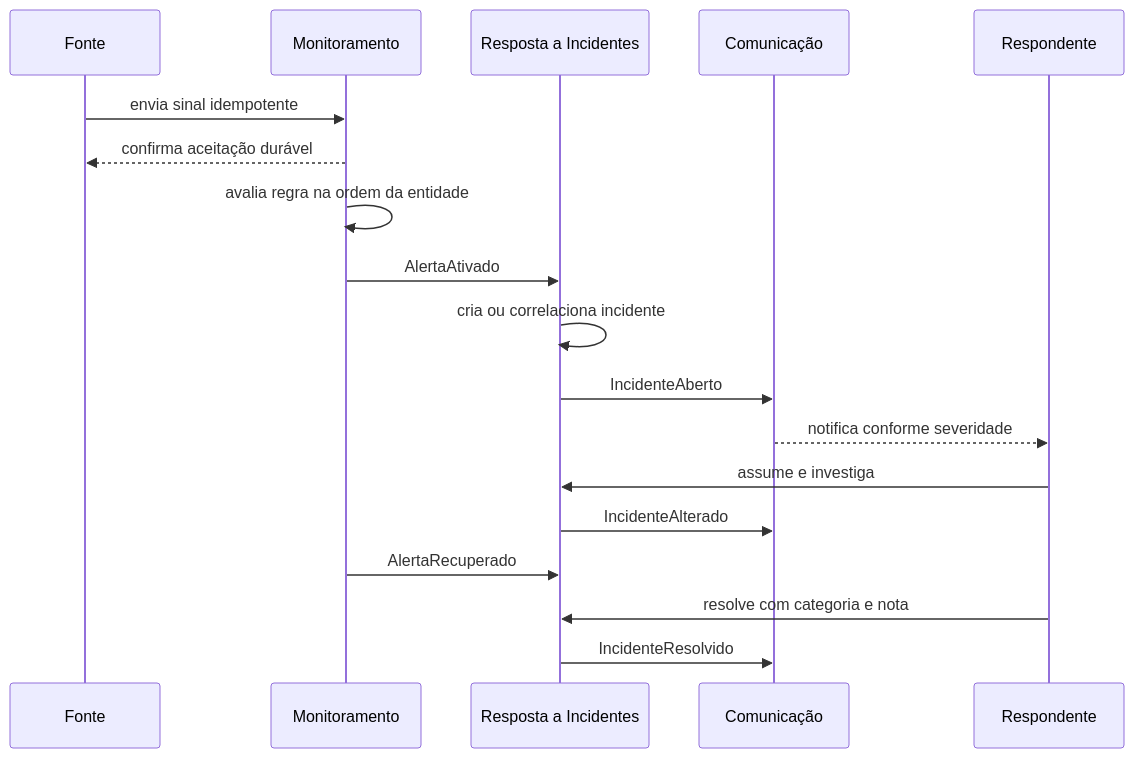
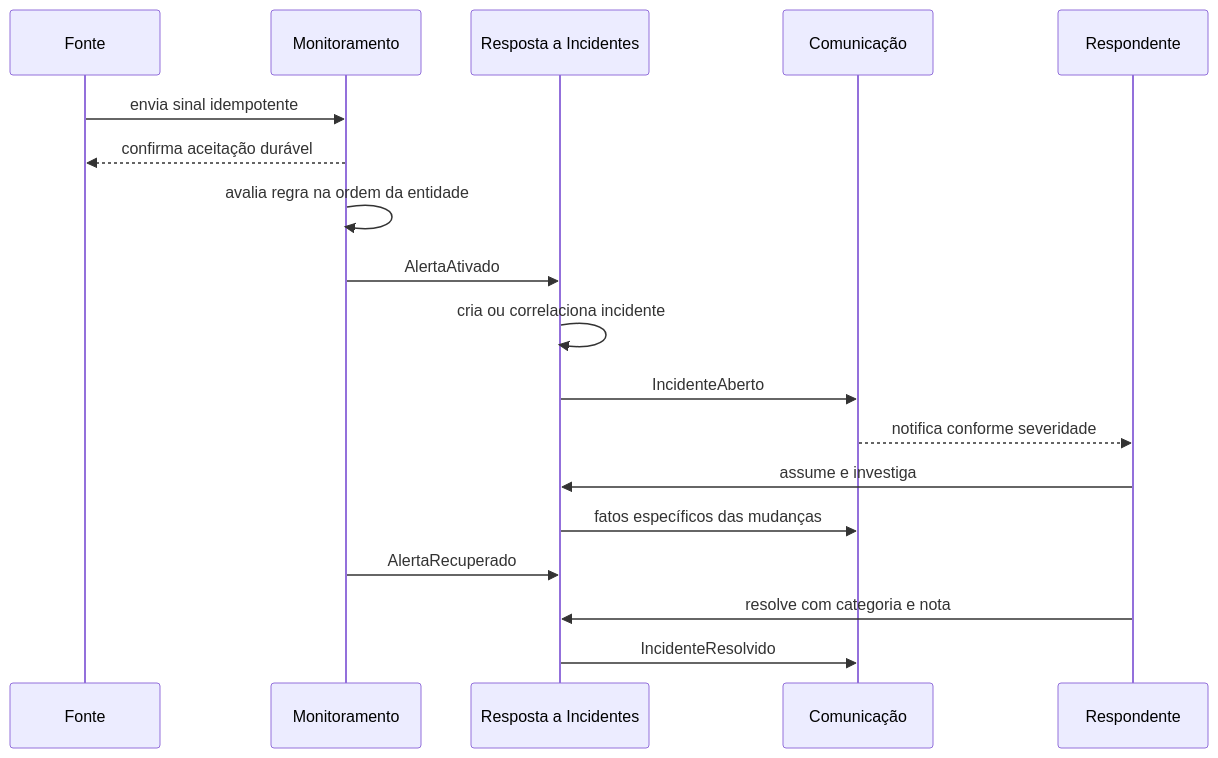
Before and after one commit to felipp2t/incident-lab: the fifth of 5 diagrams in docs/architecture/system-design.md, drawn with Mermaid. The commit also changed other lines of this file and 16 other files, not shown here.

First line of the commit message:
docs(architecture): finalize application contracts

````diff
--- a/docs/architecture/system-design.md
+++ b/docs/architecture/system-design.md
@@ -154,21 +154,21 @@
 ```mermaid
 sequenceDiagram
     participant F as Fonte
     participant M as Monitoramento
     participant I as Resposta a Incidentes
     participant C as Comunicação
     participant U as Respondente
 
     F->>M: envia sinal idempotente
     M-->>F: confirma aceitação durável
     M->>M: avalia regra na ordem da entidade
     M->>I: AlertaAtivado
     I->>I: cria ou correlaciona incidente
     I->>C: IncidenteAberto
     C-->>U: notifica conforme severidade
     U->>I: assume e investiga
-    I->>C: IncidenteAlterado
+    I->>C: fatos específicos das mudanças
     M->>I: AlertaRecuperado
     U->>I: resolve com categoria e nota
     I->>C: IncidenteResolvido
 ```
````
